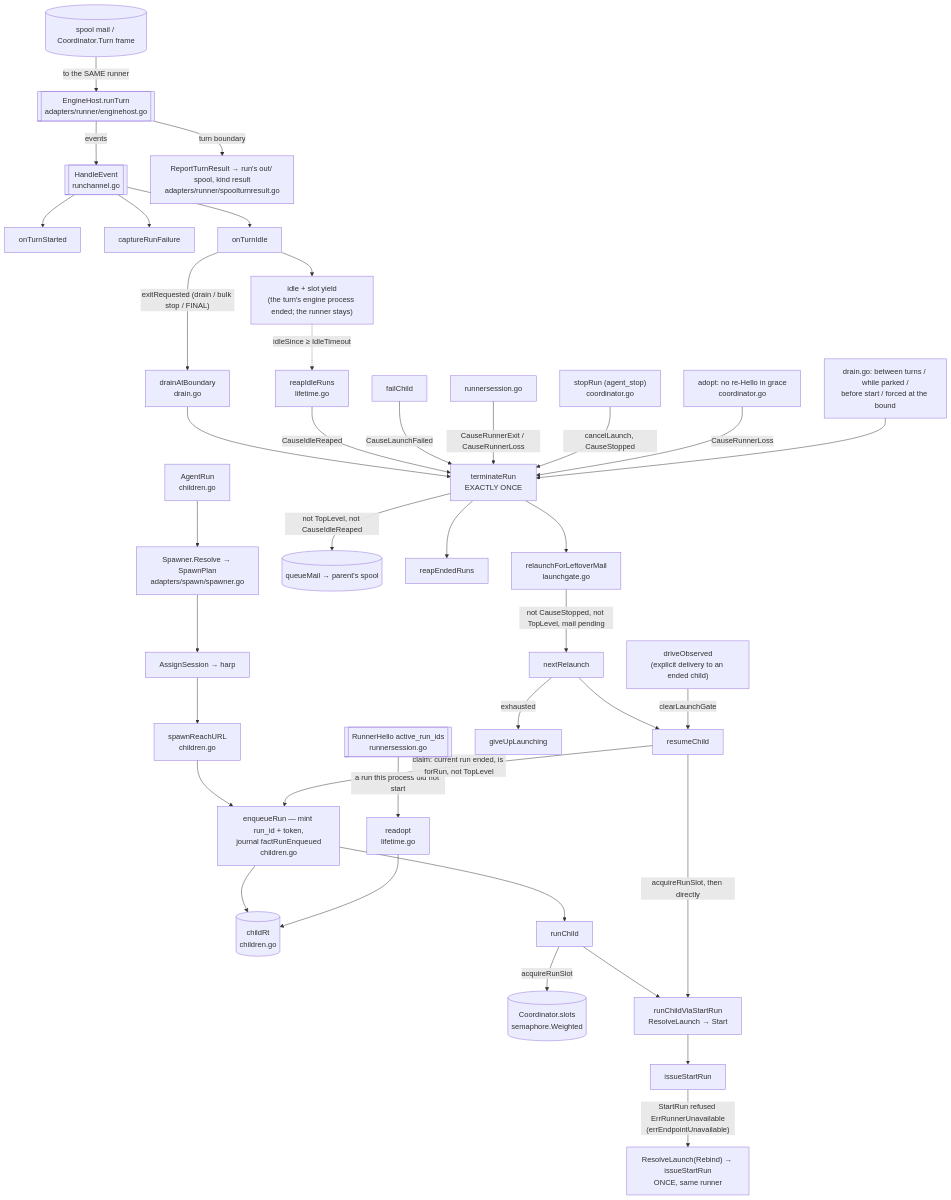
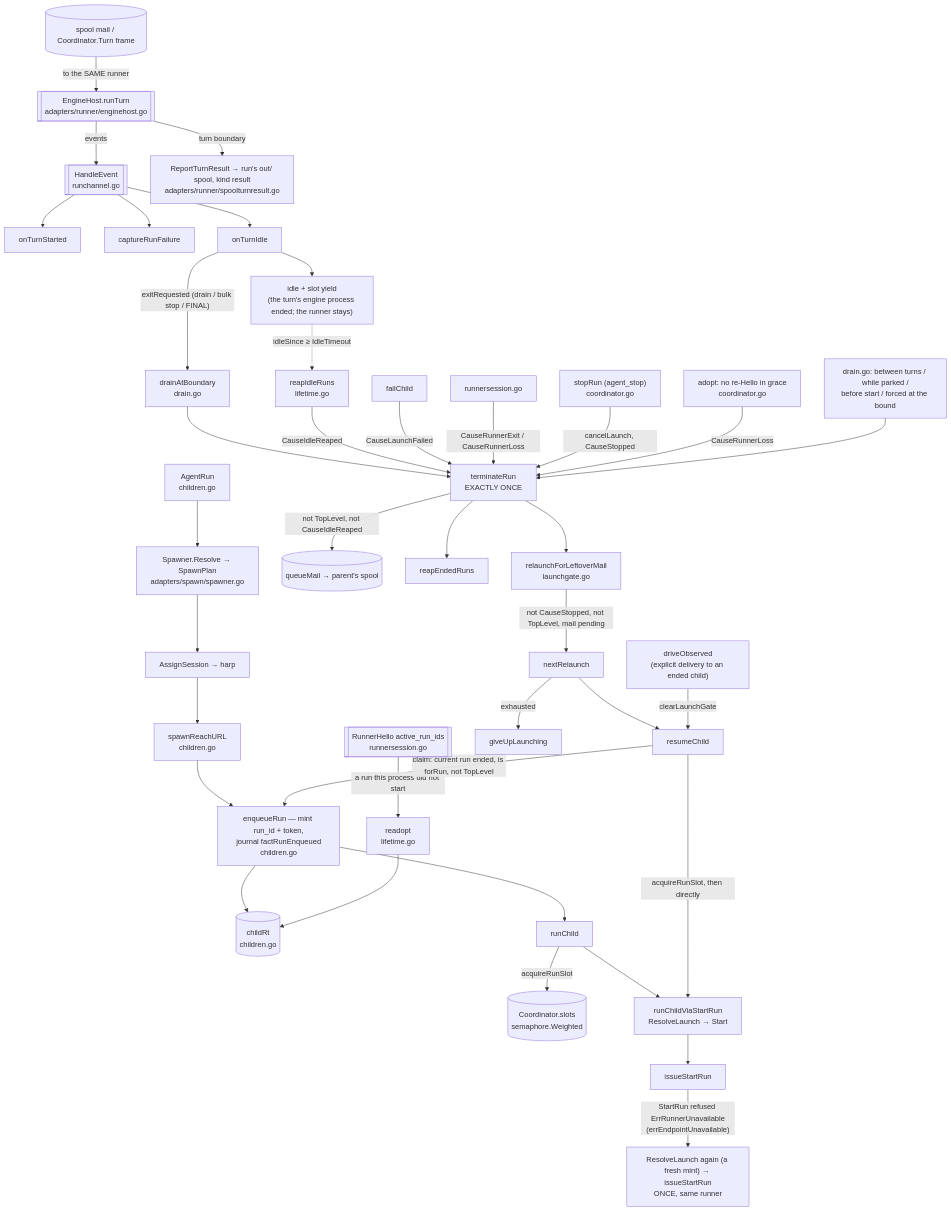
The diagram in docs/architecture/agentcoord/child-lifecycle.md (ctxloom/ctxloom), drawn with Mermaid before and after one commit. The commit also changed other lines of this file and 30 other files, not shown here.

````diff
--- a/docs/architecture/agentcoord/child-lifecycle.md
+++ b/docs/architecture/agentcoord/child-lifecycle.md
@@ -17,38 +17,38 @@
 ```mermaid
 flowchart TD
   AR["AgentRun<br/>children.go"] --> RES["Spawner.Resolve → SpawnPlan<br/>adapters/spawn/spawner.go"]
   RES --> ASSIGN["AssignSession → harp"]
   ASSIGN --> URL["spawnReachURL<br/>children.go"]
   URL --> EQ["enqueueRun — mint run_id + token,<br/>journal factRunEnqueued<br/>children.go"]
   EQ --> RT[("childRt<br/>children.go")]
   EQ --> RC["runChild"]
   RC -->|acquireRunSlot| TS[("Coordinator.slots<br/>semaphore.Weighted")]
   RC --> VSR["runChildViaStartRun<br/>ResolveLaunch → Start"] --> ISR["issueStartRun"]
-  ISR -->|"StartRun refused ErrRunnerUnavailable<br/>(errEndpointUnavailable)"| REBIND["ResolveLaunch(Rebind) → issueStartRun<br/>ONCE, same runner"]
+  ISR -->|"StartRun refused ErrRunnerUnavailable<br/>(errEndpointUnavailable)"| REBIND["ResolveLaunch again (a fresh mint) → issueStartRun<br/>ONCE, same runner"]
 
   ENG[["EngineHost.runTurn<br/>adapters/runner/enginehost.go"]] -->|events| RCH[["HandleEvent<br/>runchannel.go"]]
   ENG -->|turn boundary| TR["ReportTurnResult → run's out/ spool, kind result<br/>adapters/runner/spoolturnresult.go"]
   RCH --> OTS["onTurnStarted"]
   RCH --> CRF["captureRunFailure"]
   RCH --> OTI["onTurnIdle"]
   OTI -->|"exitRequested (drain / bulk stop / FINAL)"| DAB["drainAtBoundary<br/>drain.go"] --> TERM
   OTI --> IDLE["idle + slot yield<br/>(the turn's engine process ended; the runner stays)"]
   IDLE -.->|"idleSince ≥ IdleTimeout"| REAPER["reapIdleRuns<br/>lifetime.go"] -->|CauseIdleReaped| TERM
   MAILIN[("spool mail / Coordinator.Turn frame")] -->|"to the SAME runner"| ENG
   HELLO[["RunnerHello active_run_ids<br/>runnersession.go"]] -->|"a run this process did not start"| READOPT["readopt<br/>lifetime.go"] --> RT
 
   FC["failChild"] -->|CauseLaunchFailed| TERM["terminateRun<br/>EXACTLY ONCE"]
   RS["runnersession.go"] -->|"CauseRunnerExit / CauseRunnerLoss"| TERM
   STOP["stopRun (agent_stop)<br/>coordinator.go"] -->|"cancelLaunch, CauseStopped"| TERM
   GRACE["adopt: no re-Hello in grace<br/>coordinator.go"] -->|CauseRunnerLoss| TERM
   DRAIN["drain.go: between turns / while parked /<br/>before start / forced at the bound"] --> TERM
   TERM -->|"not TopLevel, not CauseIdleReaped"| NOTICE[("queueMail → parent's spool")]
   TERM --> REAP["reapEndedRuns"]
   TERM --> RLM["relaunchForLeftoverMail<br/>launchgate.go"]
   RLM -->|"not CauseStopped, not TopLevel, mail pending"| NR["nextRelaunch"]
   NR -->|exhausted| GU["giveUpLaunching"]
   NR --> RSC["resumeChild"]
   DOBS["driveObserved<br/>(explicit delivery to an ended child)"] -->|clearLaunchGate| RSC
   RSC -->|"claim: current run ended, is forRun, not TopLevel"| EQ
   RSC -->|"acquireRunSlot, then directly"| VSR
 ```
````
